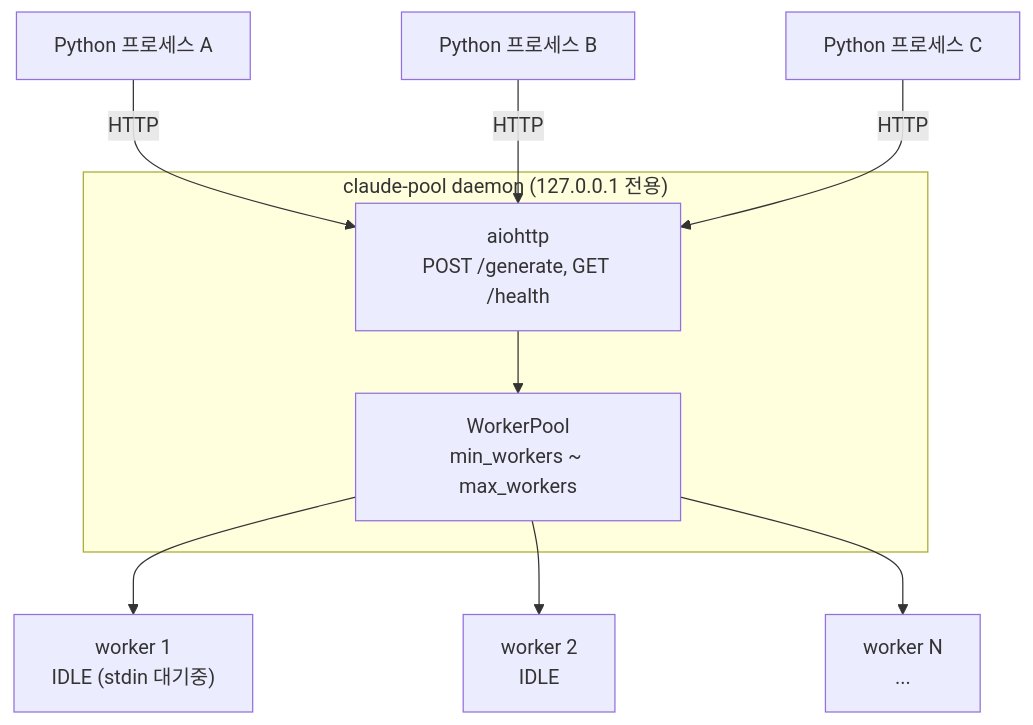
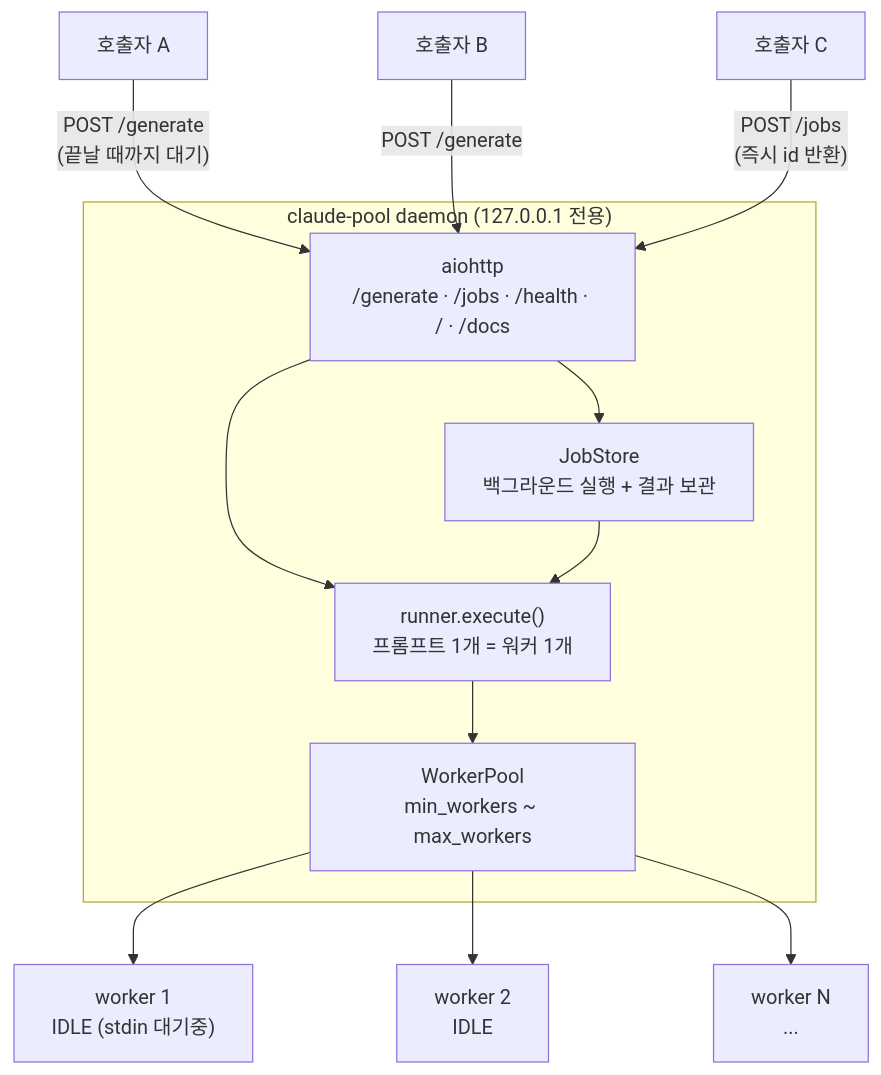
Before and after one commit to HojinJava/claude_code_cli_local_gateway: the first of 3 diagrams in README.md, drawn with Mermaid. The commit also changed other lines of this file and 23 other files, not shown here.

````diff
--- a/README.md
+++ b/README.md
@@ -15,20 +15,25 @@
 ```mermaid
 flowchart TB
-    A["Python 프로세스 A"]
-    B["Python 프로세스 B"]
-    C["Python 프로세스 C"]
+    A["호출자 A"]
+    B["호출자 B"]
+    C["호출자 C"]
 
-    A -- HTTP --> Server
-    B -- HTTP --> Server
-    C -- HTTP --> Server
+    A -- "POST /generate<br/>(끝날 때까지 대기)" --> Server
+    B -- "POST /generate" --> Server
+    C -- "POST /jobs<br/>(즉시 id 반환)" --> Server
 
     subgraph Daemon["claude-pool daemon (127.0.0.1 전용)"]
-        Server["aiohttp<br/>POST /generate, GET /health"]
+        Server["aiohttp<br/>/generate · /jobs · /health · / · /docs"]
+        Jobs["JobStore<br/>백그라운드 실행 + 결과 보관"]
+        Runner["runner.execute()<br/>프롬프트 1개 = 워커 1개"]
         Pool["WorkerPool<br/>min_workers ~ max_workers"]
-        Server --> Pool
+        Server --> Runner
+        Server --> Jobs
+        Jobs --> Runner
+        Runner --> Pool
     end
 
     Pool --> W1["worker 1<br/>IDLE (stdin 대기중)"]
     Pool --> W2["worker 2<br/>IDLE"]
     Pool --> W3["worker N<br/>..."]
 ```
````
